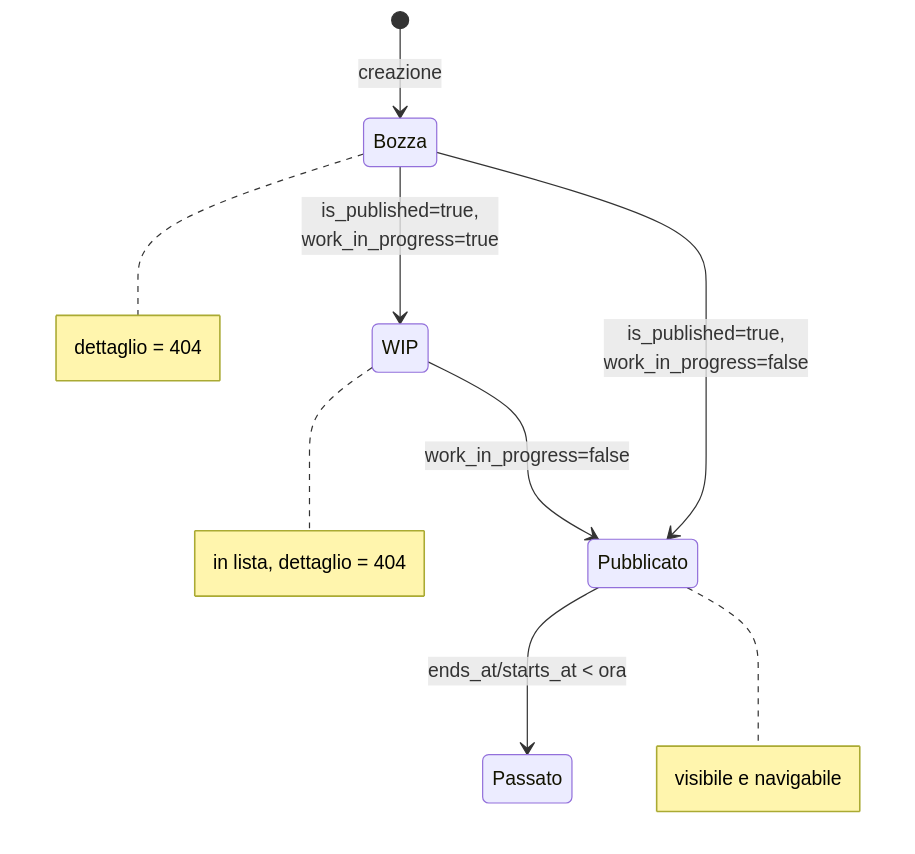
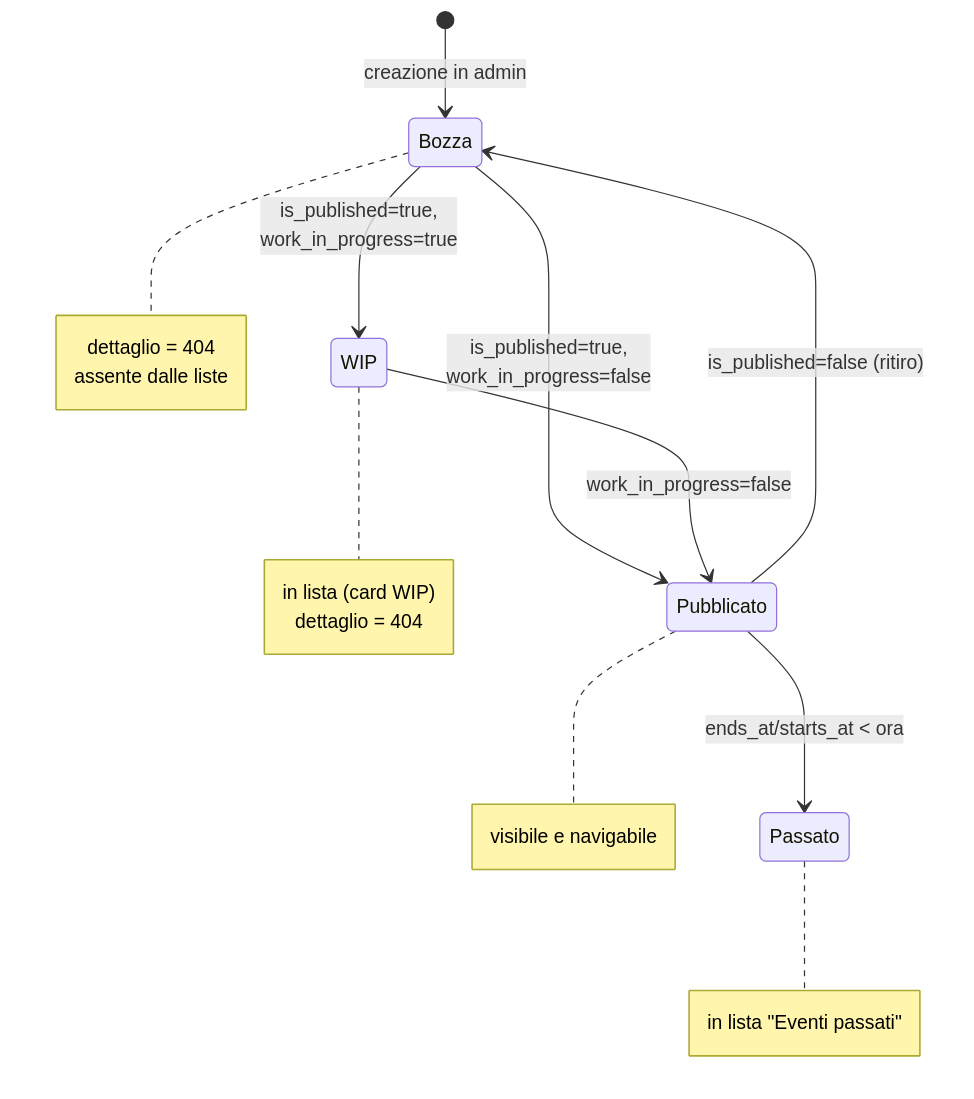
One commit to salento-dev/website changed the first of 5 diagrams in docs/01_analisi_funzionale/02_funzionalita.md. Above: the diagram before and after it, drawn with Mermaid. The commit also changed other lines of this file and 16 other files, not shown here.

````diff
--- a/docs/01_analisi_funzionale/02_funzionalita.md
+++ b/docs/01_analisi_funzionale/02_funzionalita.md
@@ -22,11 +25,19 @@
 ```mermaid
 stateDiagram-v2
-    [*] --> Bozza: creazione
+    [*] --> Bozza: creazione in admin
     Bozza --> WIP: is_published=true,<br/>work_in_progress=true
     Bozza --> Pubblicato: is_published=true,<br/>work_in_progress=false
     WIP --> Pubblicato: work_in_progress=false
     Pubblicato --> Passato: ends_at/starts_at < ora
-    note right of Bozza: dettaglio = 404
-    note right of WIP: in lista, dettaglio = 404
+    Pubblicato --> Bozza: is_published=false (ritiro)
+    note right of Bozza
+        dettaglio = 404
+        assente dalle liste
+    end note
+    note right of WIP
+        in lista (card WIP)
+        dettaglio = 404
+    end note
     note right of Pubblicato: visibile e navigabile
+    note right of Passato: in lista "Eventi passati"
 ```
````
